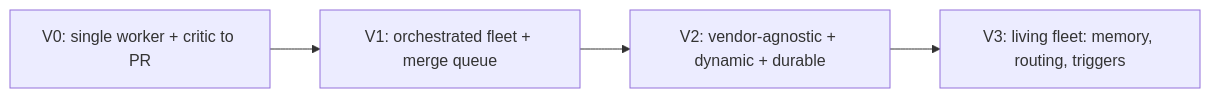
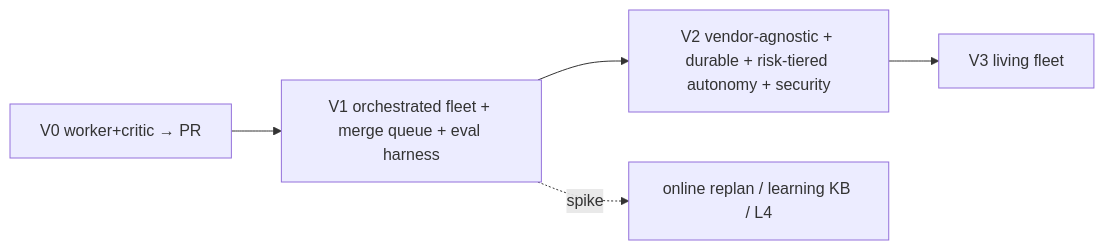
Before and after one commit to JNK234/claude-dotfiles: diagram 14 of 14 in research/autonomous-agent-fleet.md, drawn with Mermaid. The commit also changed other lines of this file, not shown here.

````diff
--- a/research/autonomous-agent-fleet.md
+++ b/research/autonomous-agent-fleet.md
@@ -505,6 +505,7 @@
 ```mermaid
 flowchart LR
-    V0[V0: single worker + critic to PR] --> V1[V1: orchestrated fleet + merge queue]
-    V1 --> V2[V2: vendor-agnostic + dynamic + durable]
-    V2 --> V3[V3: living fleet: memory, routing, triggers]
+  V0[V0 worker+critic → PR]-->V1[V1 orchestrated fleet + merge queue + eval harness]
+  V1-->V2[V2 vendor-agnostic + durable + risk-tiered autonomy + security]
+  V2-->V3[V3 living fleet]
+  V1-. spike .->SP[online replan / learning KB / L4]
 ```
````
